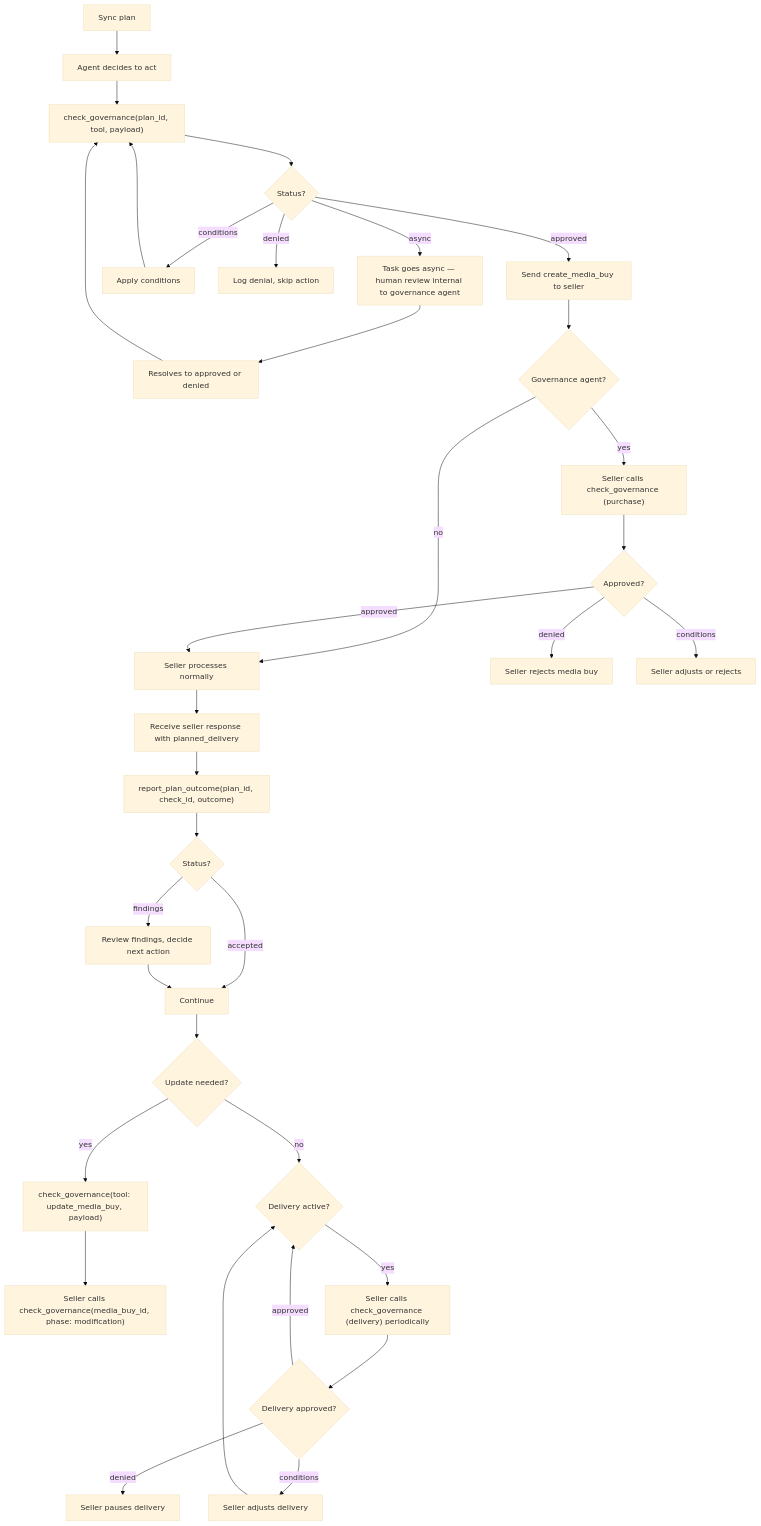
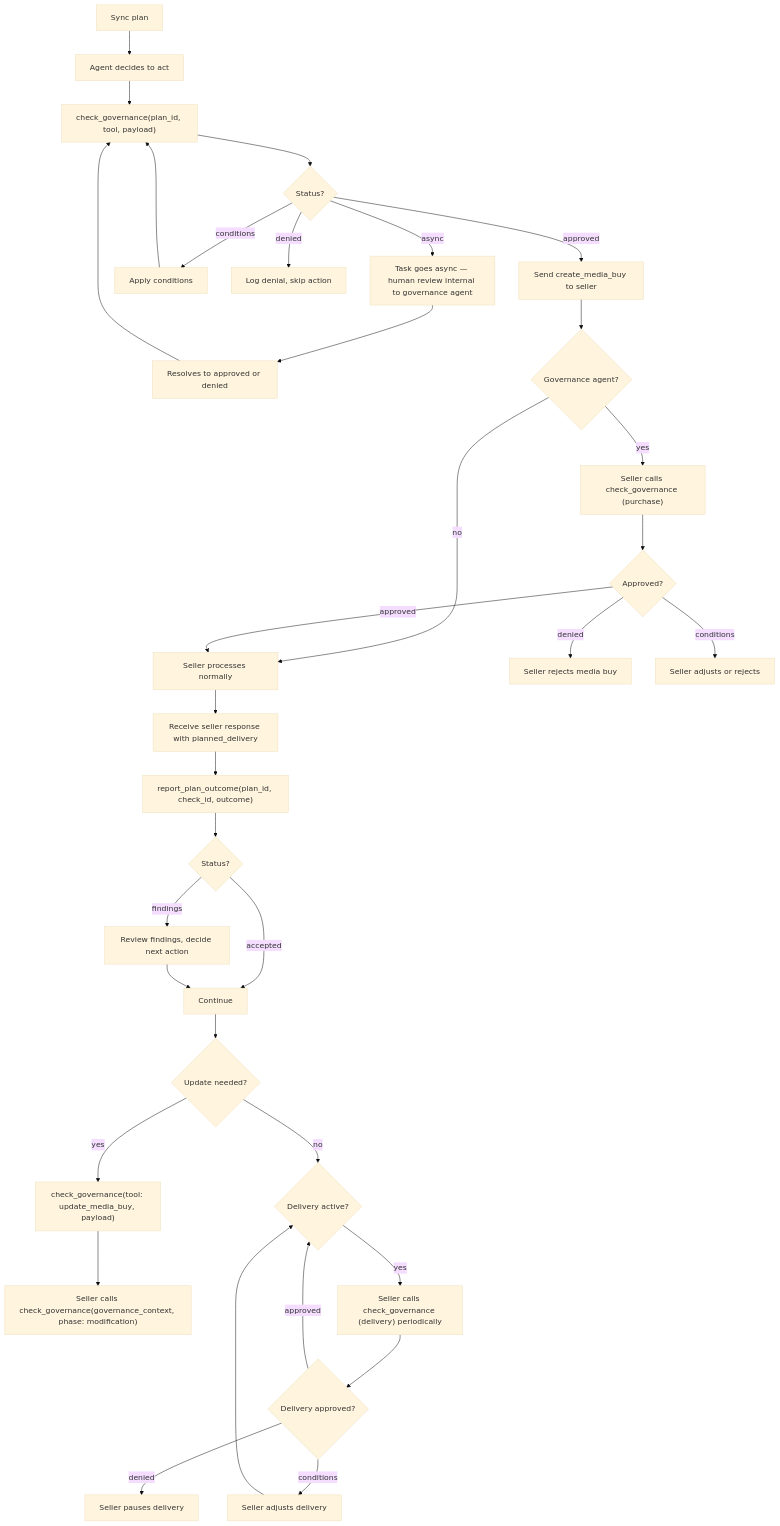
Before and after one commit to adcontextprotocol/adcp: the fourth of 4 diagrams in docs/governance/campaign/specification.mdx, drawn with Mermaid (base theme). The commit also changed other lines of this file and 5 other files, not shown here.

First line of the commit message:
docs: replace stale media_buy_id references with governance_context

````diff
--- a/docs/governance/campaign/specification.mdx
+++ b/docs/governance/campaign/specification.mdx
@@ -780,36 +780,36 @@
 ```mermaid
 flowchart TD
     A[Sync plan] --> B[Agent decides to act]
     B --> C["check_governance(plan_id, tool, payload)"]
     C --> D{Status?}
     D -->|approved| E[Send create_media_buy to seller]
     D -->|conditions| F[Apply conditions]
     F --> C
     D -->|denied| G[Log denial, skip action]
     D -->|async| J[Task goes async — human review internal to governance agent]
     J --> K[Resolves to approved or denied]
     K --> C
     E --> L{Governance agent?}
     L -->|yes| M["Seller calls check_governance (purchase)"]
     L -->|no| N[Seller processes normally]
     M --> O{Approved?}
     O -->|approved| N
     O -->|denied| P[Seller rejects media buy]
     O -->|conditions| Q[Seller adjusts or rejects]
     N --> R[Receive seller response with planned_delivery]
     R --> S["report_plan_outcome(plan_id, check_id, outcome)"]
     S --> T{Status?}
     T -->|accepted| U[Continue]
     T -->|findings| V[Review findings, decide next action]
     V --> U
     U --> W{Update needed?}
     W -->|yes| X["check_governance(tool: update_media_buy, payload)"]
-    X --> Y["Seller calls check_governance(media_buy_id, phase: modification)"]
+    X --> Y["Seller calls check_governance(governance_context, phase: modification)"]
     W -->|no| Z{Delivery active?}
     Z -->|yes| AA["Seller calls check_governance (delivery) periodically"]
     AA --> AB{Delivery approved?}
     AB -->|approved| Z
     AB -->|denied| AC[Seller pauses delivery]
     AB -->|conditions| AD[Seller adjusts delivery]
     AD --> Z
 ```
````
